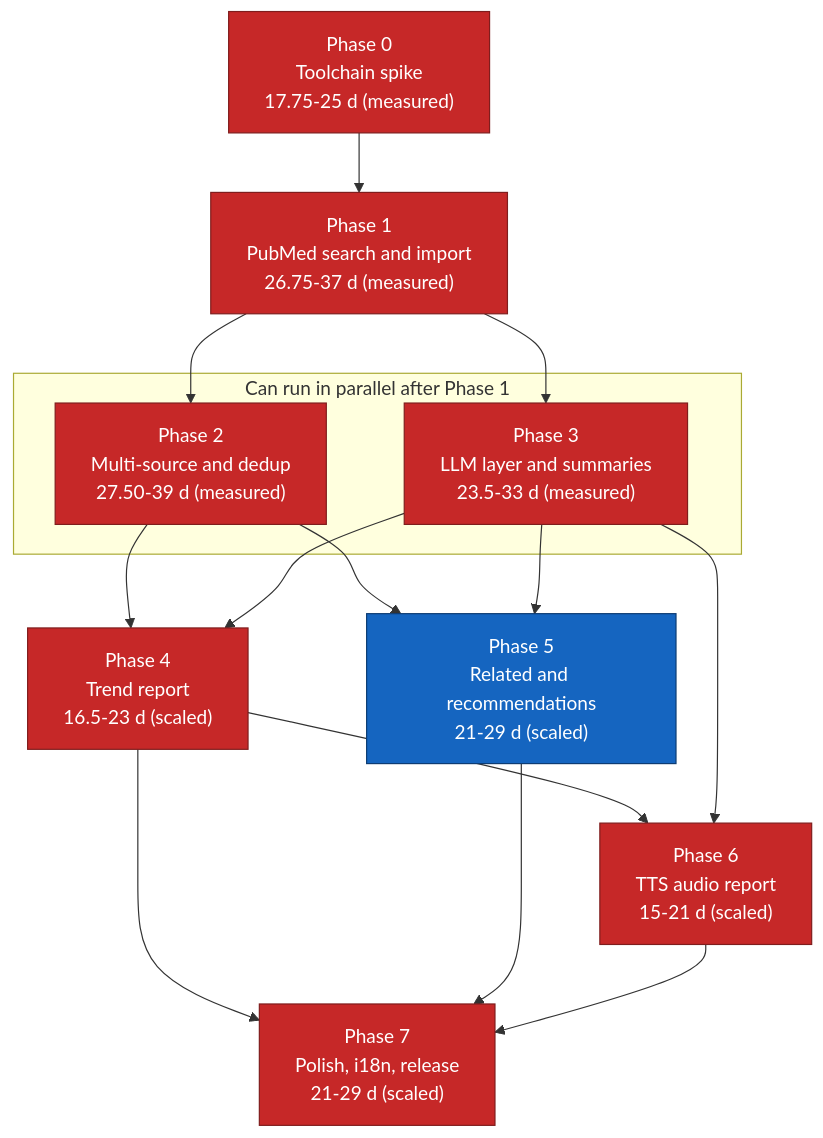
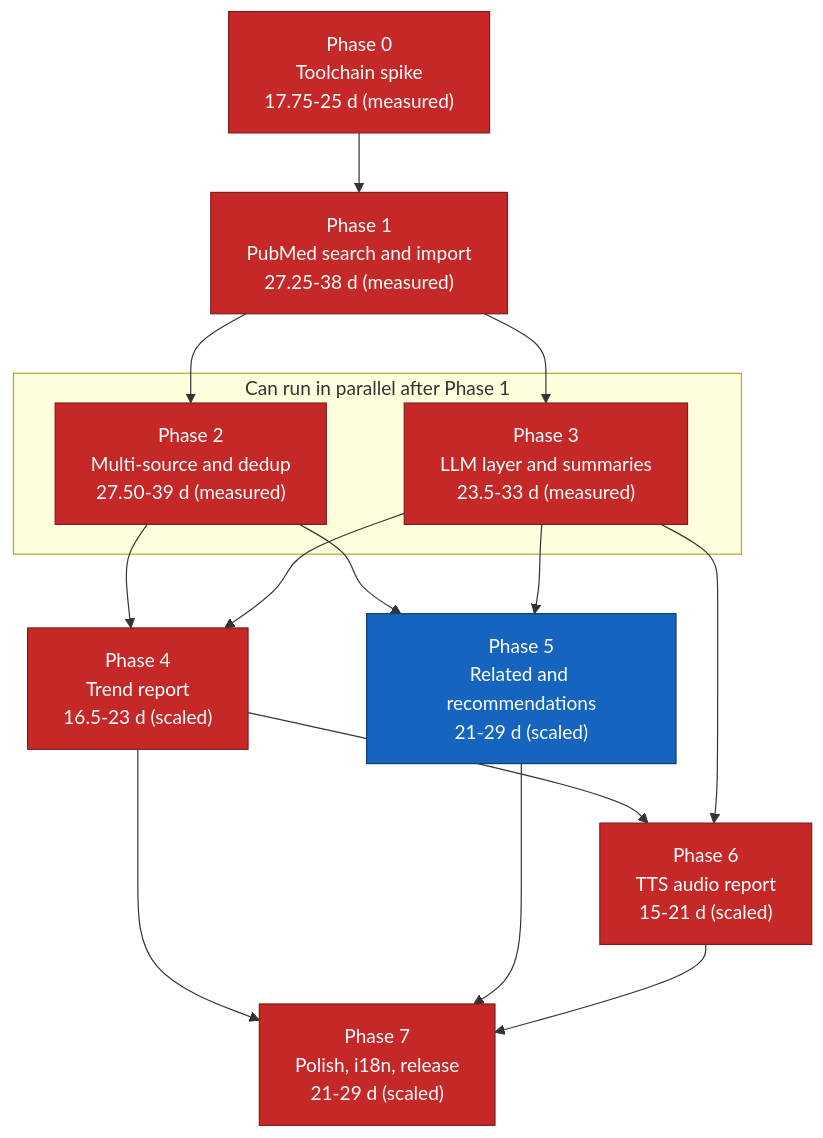
One commit to suppakoko/research_helper changed the diagram in docs/11-implementation-roadmap.md. Above: the diagram before and after it, drawn with Mermaid. The commit also changed other lines of this file and 3 other files, not shown here.

````diff
--- a/docs/11-implementation-roadmap.md
+++ b/docs/11-implementation-roadmap.md
@@ -326,34 +326,34 @@
 ```mermaid
 graph TD
     P0["Phase 0<br/>Toolchain spike<br/>17.75-25 d (measured)"]
-    P1["Phase 1<br/>PubMed search and import<br/>26.75-37 d (measured)"]
+    P1["Phase 1<br/>PubMed search and import<br/>27.25-38 d (measured)"]
     P2["Phase 2<br/>Multi-source and dedup<br/>27.50-39 d (measured)"]
     P3["Phase 3<br/>LLM layer and summaries<br/>23.5-33 d (measured)"]
     P4["Phase 4<br/>Trend report<br/>16.5-23 d (scaled)"]
     P5["Phase 5<br/>Related and recommendations<br/>21-29 d (scaled)"]
     P6["Phase 6<br/>TTS audio report<br/>15-21 d (scaled)"]
     P7["Phase 7<br/>Polish, i18n, release<br/>21-29 d (scaled)"]
 
     P0 --> P1
     P1 --> P2
     P1 --> P3
     P2 --> P4
     P3 --> P4
     P2 --> P5
     P3 --> P5
     P4 --> P6
     P3 --> P6
     P4 --> P7
     P5 --> P7
     P6 --> P7
 
     subgraph parallel["Can run in parallel after Phase 1"]
         P2
         P3
     end
 
     classDef critical fill:#c62828,stroke:#7f1d1d,color:#ffffff
     classDef normal fill:#1565c0,stroke:#0d3c73,color:#ffffff
     class P0,P1,P2,P3,P4,P6,P7 critical
     class P5 normal
 ```
````
